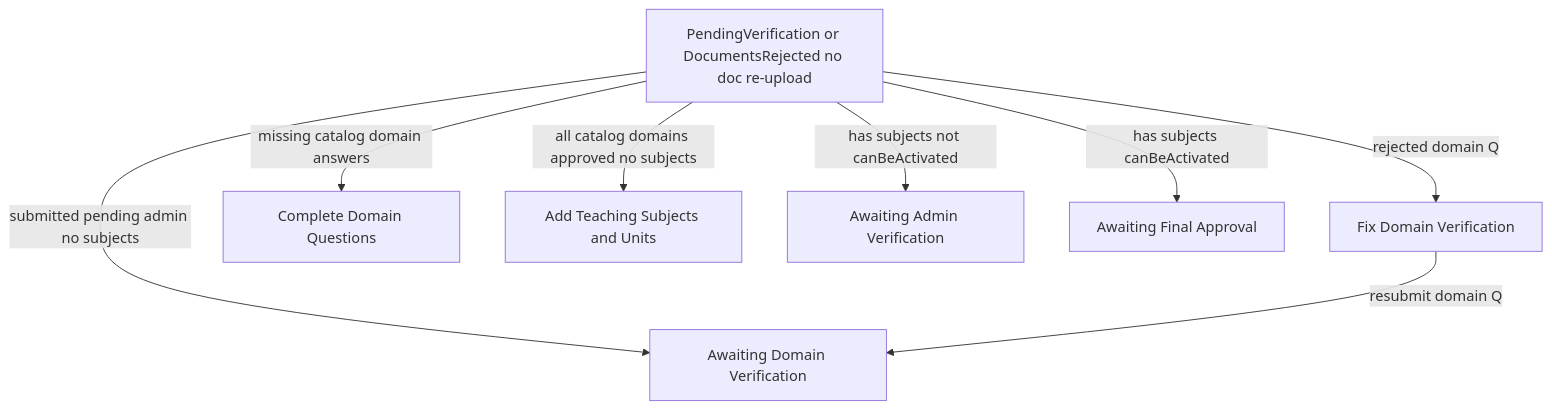
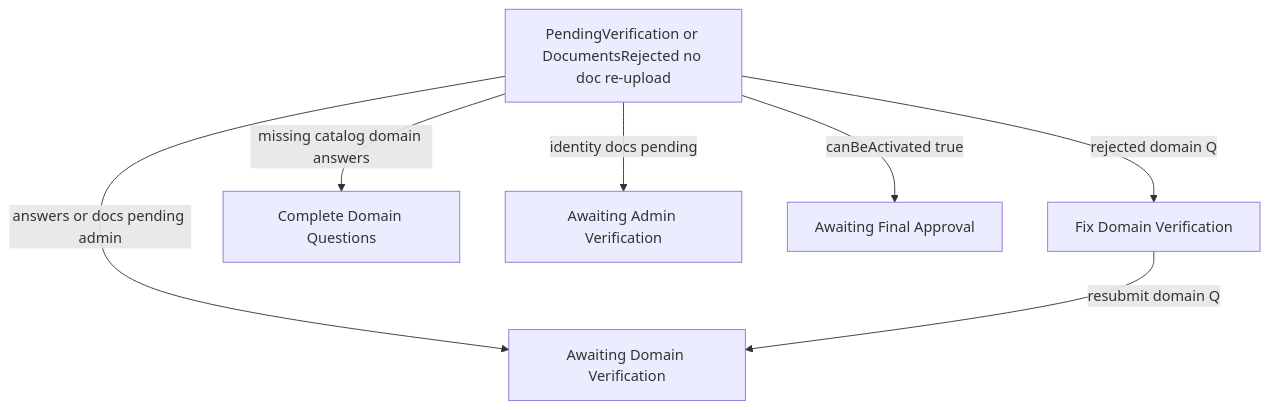
The second of 4 diagrams in docs/Teacher-Registration-Cycle.md (Mozaffer249/Qalam), drawn with Mermaid before and after one commit. The commit also changed other lines of this file and 4 other files, not shown here.

First line of the commit message:
refactor(teacher-registration): update subject addition logic and registration flow

````diff
--- a/docs/Teacher-Registration-Cycle.md
+++ b/docs/Teacher-Registration-Cycle.md
@@ -93,18 +90,16 @@
 ```mermaid
 flowchart TD
   start[PendingVerification or DocumentsRejected no doc re-upload]
   fix[Fix Domain Verification]
   complete[Complete Domain Questions]
   waitDomain[Awaiting Domain Verification]
-  addSubjects[Add Teaching Subjects and Units]
   waitAccount[Awaiting Admin Verification]
   final[Awaiting Final Approval]
 
   start -->|rejected domain Q| fix
   start -->|missing catalog domain answers| complete
-  start -->|submitted pending admin no subjects| waitDomain
-  start -->|all catalog domains approved no subjects| addSubjects
-  start -->|has subjects not canBeActivated| waitAccount
-  start -->|has subjects canBeActivated| final
+  start -->|answers or docs pending admin| waitDomain
+  start -->|identity docs pending| waitAccount
+  start -->|canBeActivated true| final
   fix -->|resubmit domain Q| waitDomain
 ```
````
